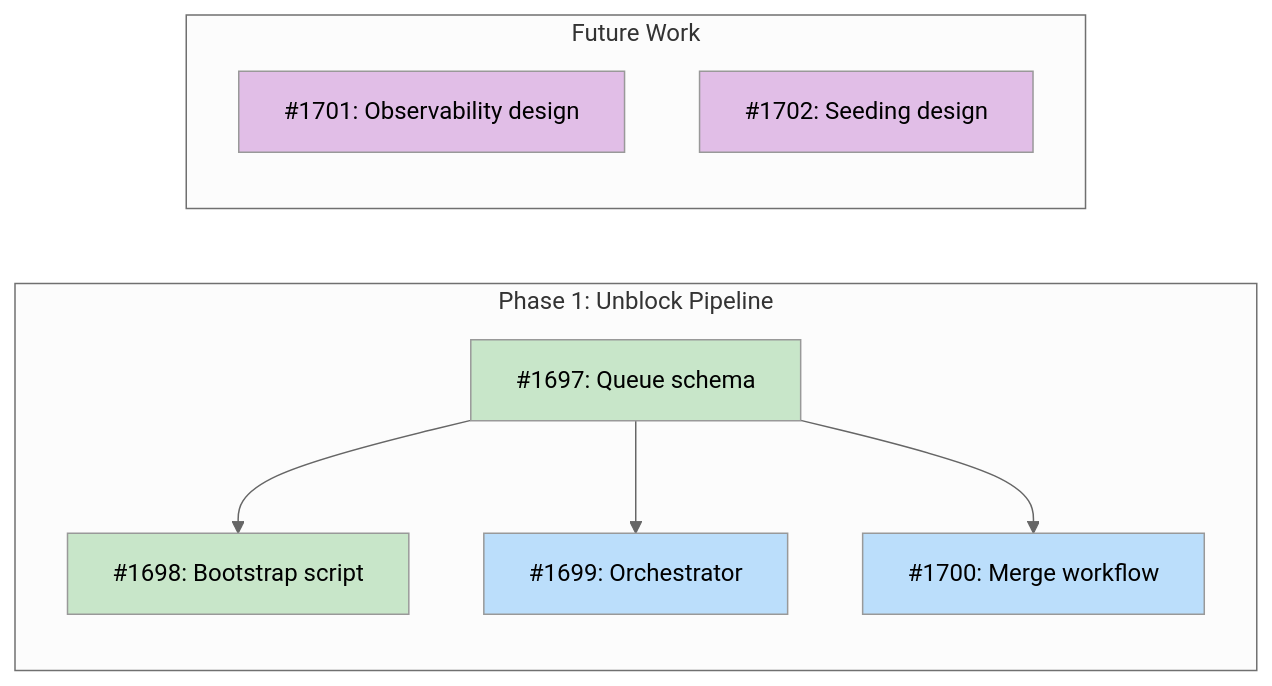
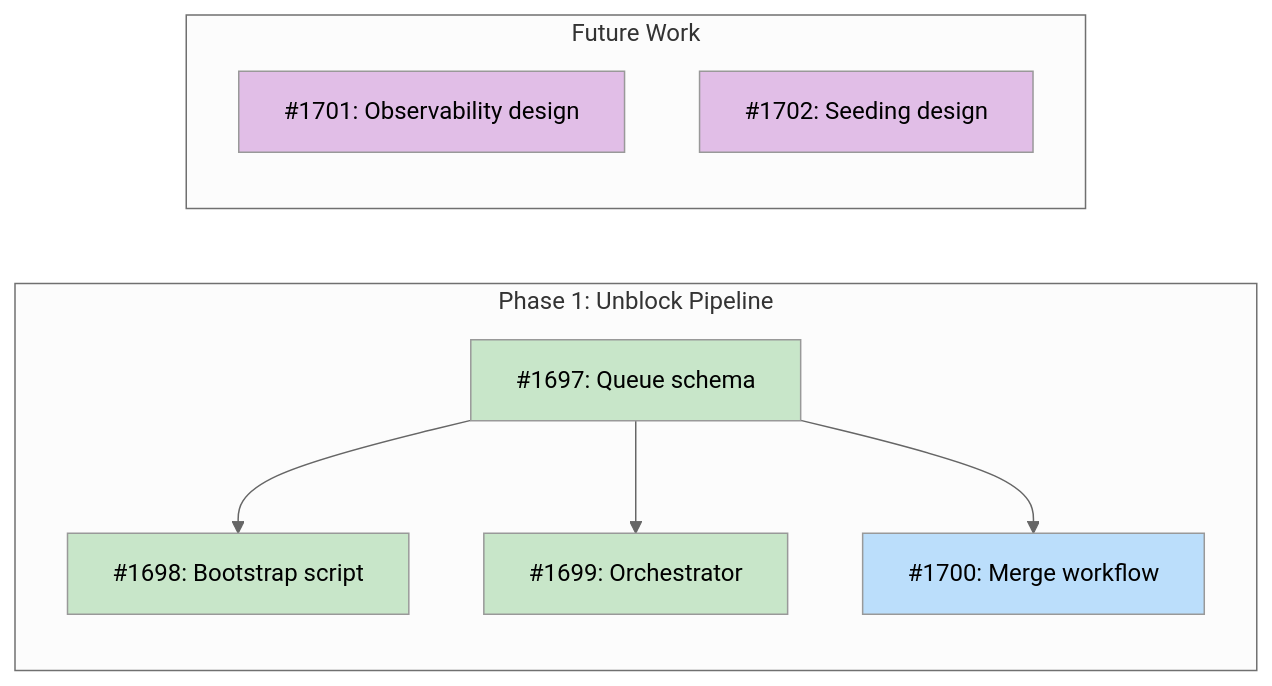
One commit to tsukumogami/tsuku changed the first of 4 diagrams in docs/designs/DESIGN-pipeline-dashboard.md. Above: the diagram before and after it, drawn with Mermaid (neutral theme). The commit also changed other lines of this file and 1 other file, not shown here.

Commit message:
chore(dashboard): mark #1699 implemented in design doc and state
Update design doc to strikethrough issue #1699, change Mermaid node
class to done, and record implementation summary in state file.

````diff
--- a/docs/designs/DESIGN-pipeline-dashboard.md
+++ b/docs/designs/DESIGN-pipeline-dashboard.md
@@ -54,28 +54,29 @@
 ```mermaid
 graph LR
     subgraph Phase1["Phase 1: Unblock Pipeline"]
         I1697["#1697: Queue schema"]
         I1698["#1698: Bootstrap script"]
         I1699["#1699: Orchestrator"]
         I1700["#1700: Merge workflow"]
     end
 
     subgraph Future["Future Work"]
         I1701["#1701: Observability design"]
         I1702["#1702: Seeding design"]
     end
 
     I1697 --> I1698
     I1697 --> I1699
     I1697 --> I1700
 
     classDef done fill:#c8e6c9
     classDef ready fill:#bbdefb
     classDef blocked fill:#fff9c4
     classDef needsDesign fill:#e1bee7
 
     class I1697 done
     class I1698 done
-    class I1699,I1700 ready
+    class I1699 done
+    class I1700 ready
     class I1701,I1702 needsDesign
 ```
````
